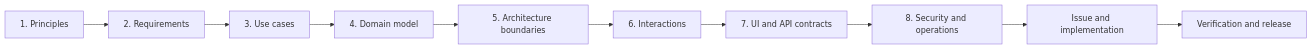
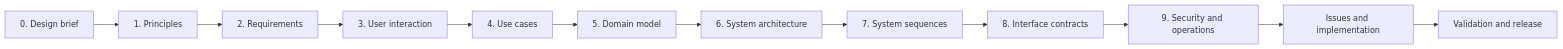
One commit to alan746/MySend changed the diagram in docs/design/README.md. Above: the diagram before and after it, drawn with Mermaid. The commit also changed other lines of this file and 3 other files, not shown here.

Commit message:
docs(design): define the pre-development brief

````diff
--- a/docs/design/README.md
+++ b/docs/design/README.md
@@ -11,12 +11,14 @@
 ```mermaid
 flowchart LR
-    A["1. Principles"] --> B["2. Requirements"]
-    B --> C["3. Use cases"]
-    C --> D["4. Domain model"]
-    D --> E["5. Architecture boundaries"]
-    E --> F["6. Interactions"]
-    F --> G["7. UI and API contracts"]
-    G --> H["8. Security and operations"]
-    H --> I["Issue and implementation"]
-    I --> J["Verification and release"]
+    A["0. Design brief"] --> B["1. Principles"]
+    B --> C["2. Requirements"]
+    C --> D["3. User interaction"]
+    D --> E["4. Use cases"]
+    E --> F["5. Domain model"]
+    F --> G["6. System architecture"]
+    G --> H["7. System sequences"]
+    H --> I["8. Interface contracts"]
+    I --> J["9. Security and operations"]
+    J --> K["Issues and implementation"]
+    K --> L["Validation and release"]
 ```
````
